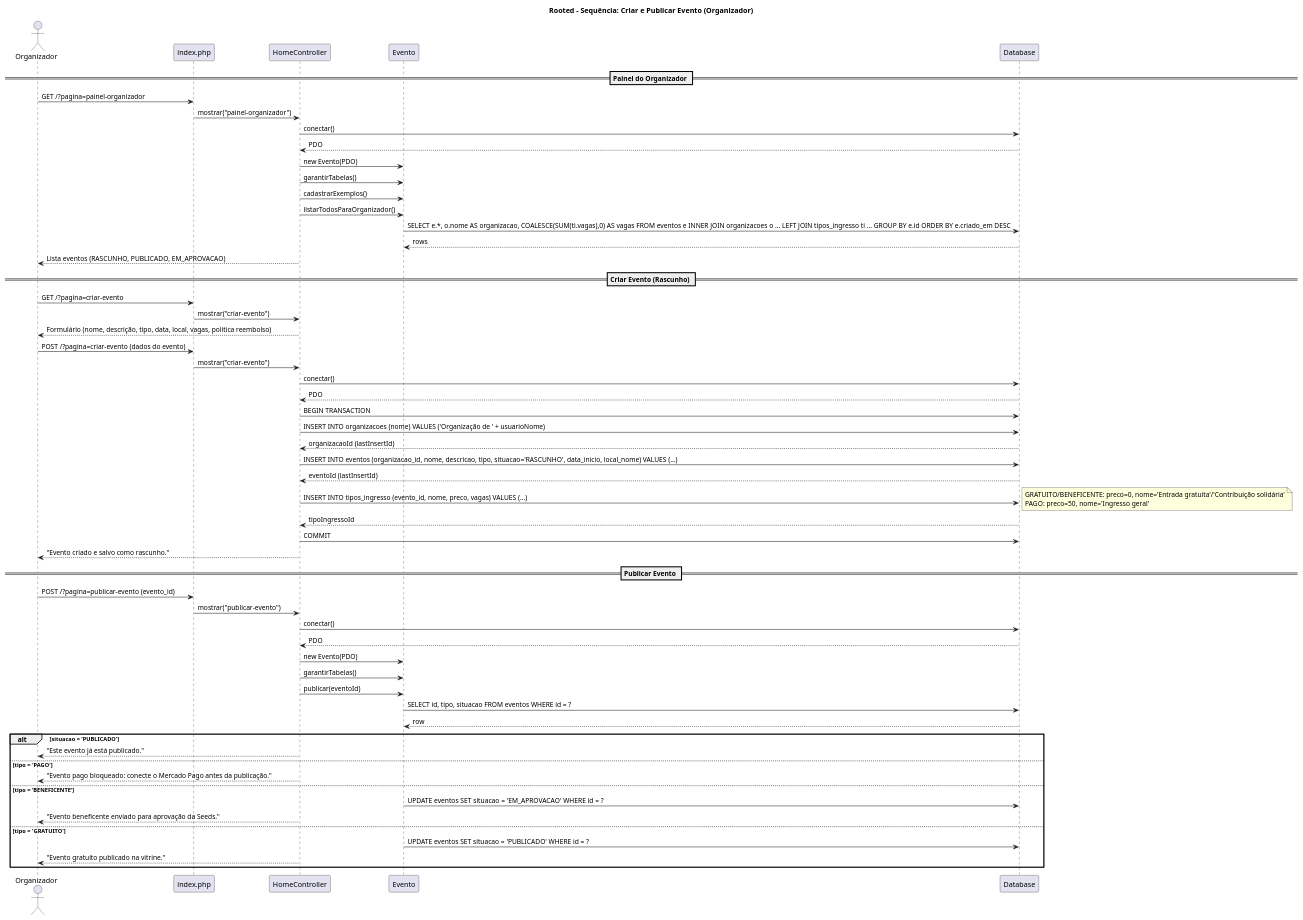
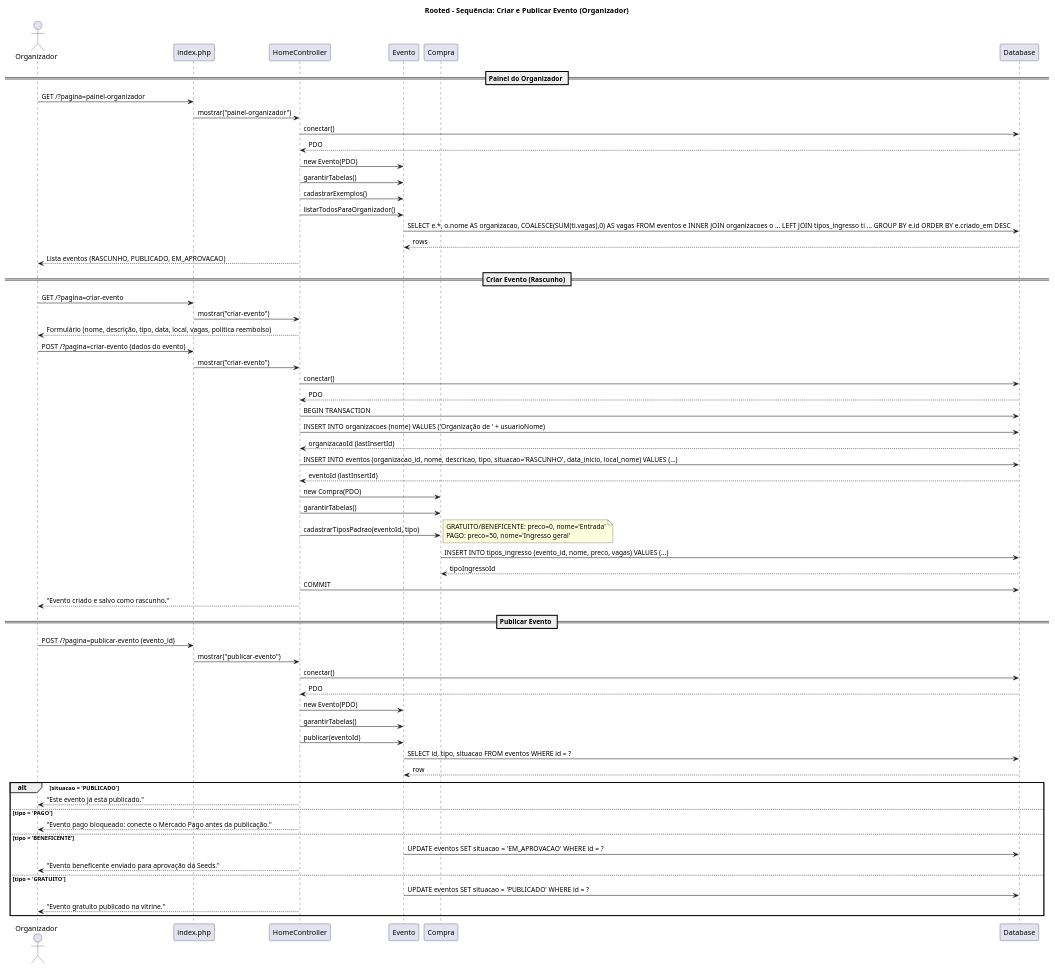
Before and after one commit to paulothaylam/rooted-projeto: the diagram in docs/diagramas/scripts/09-sequencia-criar-publicar-evento.puml, drawn with PlantUML. The commit also changed 39 other files, not shown here.

Commit message:
Atualizando diagramas

```diff
--- a/docs/diagramas/scripts/09-sequencia-criar-publicar-evento.puml
+++ b/docs/diagramas/scripts/09-sequencia-criar-publicar-evento.puml
@@ -1,64 +1,68 @@
 @startuml
 title Rooted – Sequência: Criar e Publicar Evento (Organizador)
 actor "Organizador" as User
 participant "index.php" as Index
 participant "HomeController" as HC
 participant "Evento" as Evento
+participant "Compra" as Compra
 participant "Database" as DB
 
 == Painel do Organizador ==
 User -> Index: GET /?pagina=painel-organizador
 Index -> HC: mostrar("painel-organizador")
 HC -> DB: conectar()
 DB --> HC: PDO
 HC -> Evento: new Evento(PDO)
 HC -> Evento: garantirTabelas()
 HC -> Evento: cadastrarExemplos()
 HC -> Evento: listarTodosParaOrganizador()
 Evento -> DB: SELECT e.*, o.nome AS organizacao, COALESCE(SUM(ti.vagas),0) AS vagas FROM eventos e INNER JOIN organizacoes o ... LEFT JOIN tipos_ingresso ti ... GROUP BY e.id ORDER BY e.criado_em DESC
 DB --> Evento: rows
 HC --> User: Lista eventos (RASCUNHO, PUBLICADO, EM_APROVACAO)
 
 == Criar Evento (Rascunho) ==
 User -> Index: GET /?pagina=criar-evento
 Index -> HC: mostrar("criar-evento")
 HC --> User: Formulário (nome, descrição, tipo, data, local, vagas, política reembolso)
 
 User -> Index: POST /?pagina=criar-evento (dados do evento)
 Index -> HC: mostrar("criar-evento")
 HC -> DB: conectar()
 DB --> HC: PDO
 HC -> DB: BEGIN TRANSACTION
 HC -> DB: INSERT INTO organizacoes (nome) VALUES ('Organização de ' + usuarioNome)
 DB --> HC: organizacaoId (lastInsertId)
 HC -> DB: INSERT INTO eventos (organizacao_id, nome, descricao, tipo, situacao='RASCUNHO', data_inicio, local_nome) VALUES (...)
 DB --> HC: eventoId (lastInsertId)
-HC -> DB: INSERT INTO tipos_ingresso (evento_id, nome, preco, vagas) VALUES (...)
-note right: GRATUITO/BENEFICENTE: preco=0, nome='Entrada gratuita'/'Contribuição solidária'\nPAGO: preco=50, nome='Ingresso geral'
-DB --> HC: tipoIngressoId
+HC -> Compra: new Compra(PDO)
+HC -> Compra: garantirTabelas()
+HC -> Compra: cadastrarTiposPadrao(eventoId, tipo)
+note right: GRATUITO/BENEFICENTE: preco=0, nome='Entrada'\nPAGO: preco=50, nome='Ingresso geral'
+Compra -> DB: INSERT INTO tipos_ingresso (evento_id, nome, preco, vagas) VALUES (...)
+DB --> Compra: tipoIngressoId
 HC -> DB: COMMIT
 HC --> User: "Evento criado e salvo como rascunho."
 
 == Publicar Evento ==
 User -> Index: POST /?pagina=publicar-evento (evento_id)
 Index -> HC: mostrar("publicar-evento")
 HC -> DB: conectar()
 DB --> HC: PDO
 HC -> Evento: new Evento(PDO)
 HC -> Evento: garantirTabelas()
 HC -> Evento: publicar(eventoId)
 Evento -> DB: SELECT id, tipo, situacao FROM eventos WHERE id = ?
 DB --> Evento: row
 alt situacao = 'PUBLICADO'
     HC --> User: "Este evento já está publicado."
 else tipo = 'PAGO'
     HC --> User: "Evento pago bloqueado: conecte o Mercado Pago antes da publicação."
 else tipo = 'BENEFICENTE'
     Evento -> DB: UPDATE eventos SET situacao = 'EM_APROVACAO' WHERE id = ?
     HC --> User: "Evento beneficente enviado para aprovação da Seeds."
 else tipo = 'GRATUITO'
     Evento -> DB: UPDATE eventos SET situacao = 'PUBLICADO' WHERE id = ?
     HC --> User: "Evento gratuito publicado na vitrine."
 end
 
 @enduml
```
